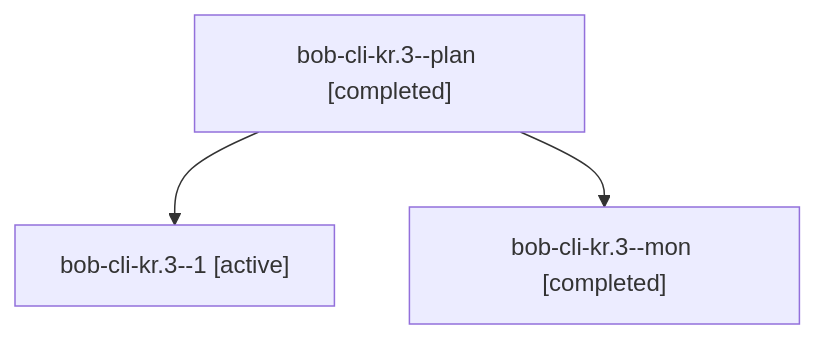
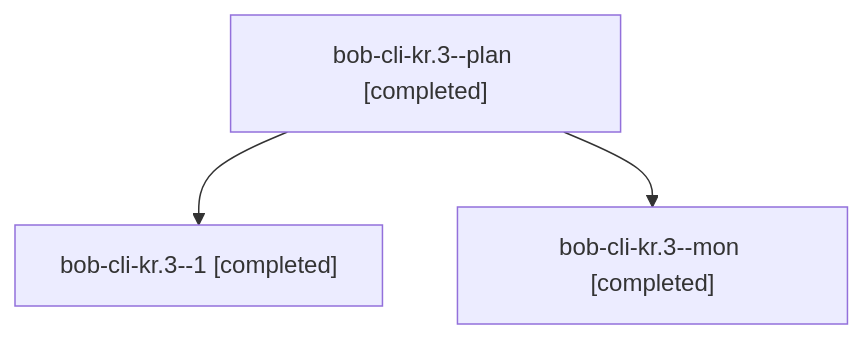
The diagram in sessions/bbugyi200.apollo.bob-cli-kr.3.md (bobs-org/bob-cli--agents), drawn with Mermaid before and after one commit. The commit also changed other lines of this file and 27 other files, not shown here.

````diff
--- a/sessions/bbugyi200.apollo.bob-cli-kr.3.md
+++ b/sessions/bbugyi200.apollo.bob-cli-kr.3.md
@@ -9,8 +9,8 @@
 ```mermaid
 flowchart TD
   n0["bob-cli-kr.3--plan [completed]"]
-  n1["bob-cli-kr.3--1 [active]"]
+  n1["bob-cli-kr.3--1 [completed]"]
   n0 --> n1
   n2["bob-cli-kr.3--mon [completed]"]
   n0 --> n2
 ```
````
